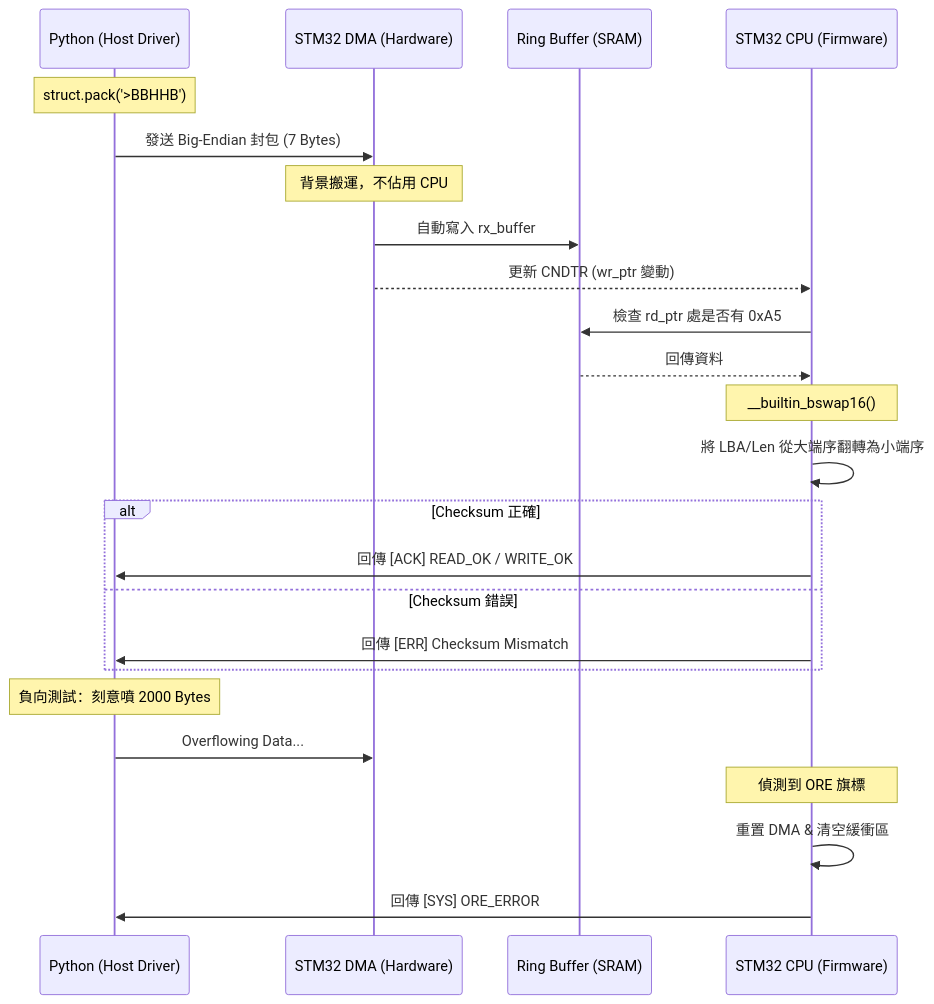
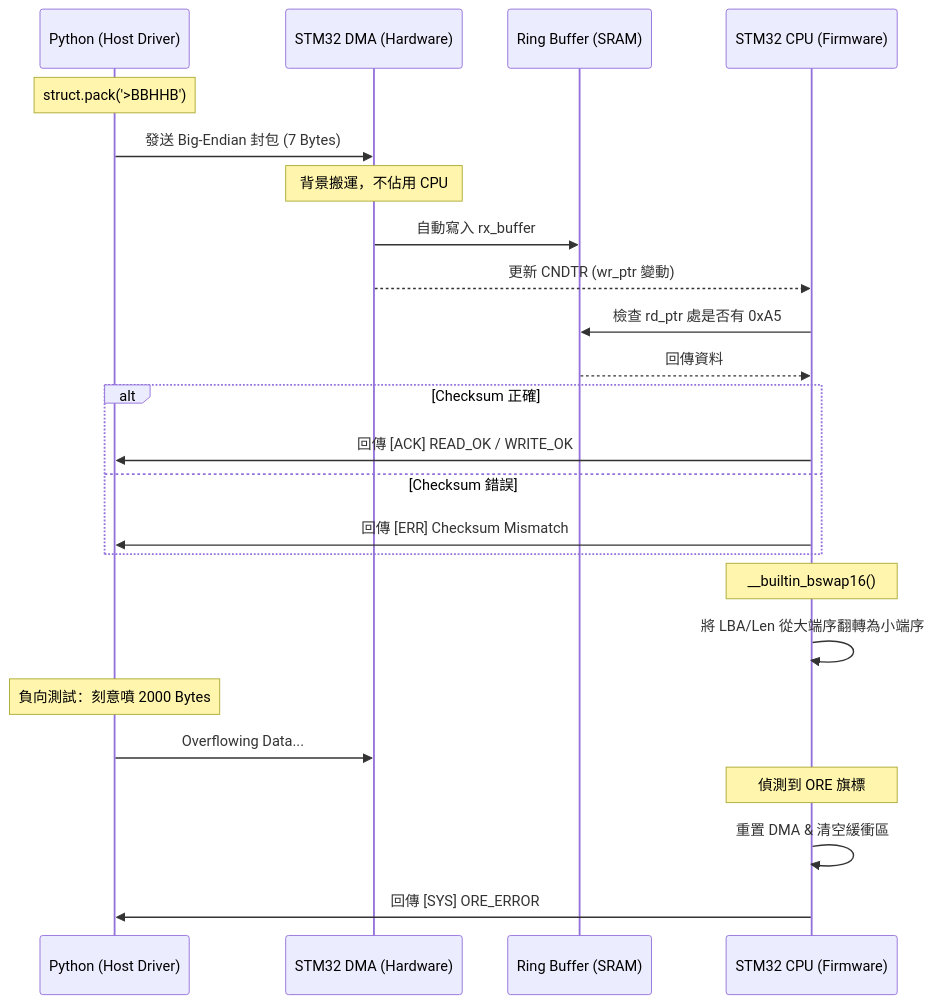
The second of 3 diagrams in README_FILE/Mermaid_Diagram/NVMe_Protocol_Architecture.md (PlusRon/Firmware-STM32-SSD-Emulator), drawn with Mermaid before and after one commit. The commit also changed other lines of this file, not shown here.

````diff
--- a/README_FILE/Mermaid_Diagram/NVMe_Protocol_Architecture.md
+++ b/README_FILE/Mermaid_Diagram/NVMe_Protocol_Architecture.md
@@ -37,32 +37,32 @@
 ```mermaid
 sequenceDiagram
     participant Host as Python (Host Driver)
     participant DMA as STM32 DMA (Hardware)
     participant Buffer as Ring Buffer (SRAM)
     participant CPU as STM32 CPU (Firmware)
 
     Note over Host: struct.pack('>BBHHB')
     Host->>DMA: 發送 Big-Endian 封包 (7 Bytes)
     
     Note over DMA: 背景搬運，不佔用 CPU
     DMA->>Buffer: 自動寫入 rx_buffer
     DMA-->>CPU: 更新 CNDTR (wr_ptr 變動)
 
     CPU->>Buffer: 檢查 rd_ptr 處是否有 0xA5
     Buffer-->>CPU: 回傳資料
     
-    Note over CPU: __builtin_bswap16()
-    CPU->>CPU: 將 LBA/Len 從大端序翻轉為小端序
-
     alt Checksum 正確
         CPU->>Host: 回傳 [ACK] READ_OK / WRITE_OK
     else Checksum 錯誤
         CPU->>Host: 回傳 [ERR] Checksum Mismatch
     end
+
+    Note over CPU: __builtin_bswap16()
+    CPU->>CPU: 將 LBA/Len 從大端序翻轉為小端序
 
     Note over Host: 負向測試：刻意噴 2000 Bytes
     Host->>DMA: Overflowing Data...
     Note over CPU: 偵測到 ORE 旗標
     CPU->>CPU: 重置 DMA & 清空緩衝區
     CPU->>Host: 回傳 [SYS] ORE_ERROR
 ```
````
